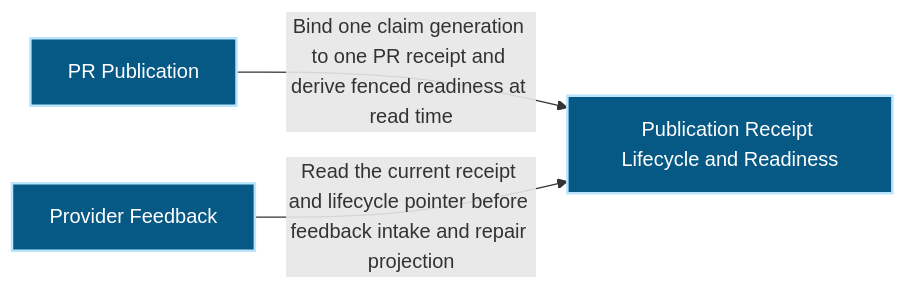
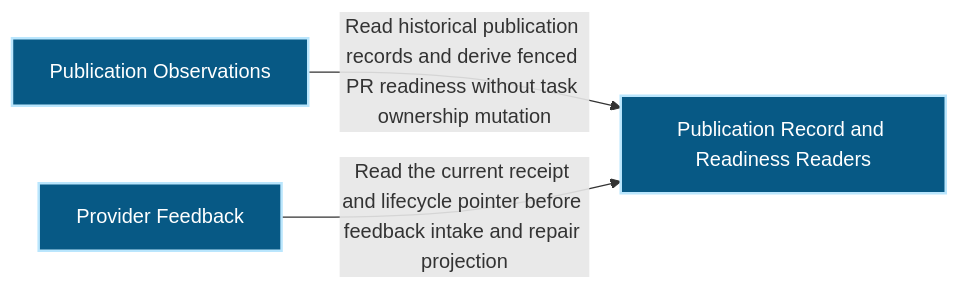
The first of 2 diagrams in docs/architecture/modules/organization/publication.md (Ancienttwo/repo-harness), drawn with Mermaid before and after one commit. The commit also changed other lines of this file and 31 other files, not shown here.

Commit message:
docs(architecture): retire task lifecycle ownership from the model

````diff
--- a/docs/architecture/modules/organization/publication.md
+++ b/docs/architecture/modules/organization/publication.md
@@ -16,12 +16,12 @@
 ```mermaid
 flowchart LR
-  p1_capability_organization_publication_44355620["PR Publication"]:::component
-  p1_component_publication_primary_d7ca6a90["Publication Receipt Lifecycle and Readiness"]:::component
+  p1_capability_organization_publication_44355620["Publication Observations"]:::component
+  p1_component_publication_primary_d7ca6a90["Publication Record and Readiness Readers"]:::component
   p1_component_publication_provider_feedback_f0705608["Provider Feedback"]:::component
-  p1_capability_organization_publication_44355620 -->|"Bind one claim generation to one PR receipt and derive fenced readiness at read time"| p1_component_publication_primary_d7ca6a90
+  p1_capability_organization_publication_44355620 -->|"Read historical publication records and derive fenced PR readiness without task ownership mutation"| p1_component_publication_primary_d7ca6a90
   p1_component_publication_provider_feedback_f0705608 -->|"Read the current receipt and lifecycle pointer before feedback intake and repair projection"| p1_component_publication_primary_d7ca6a90
   classDef actor fill:#111827,color:#ffffff,stroke:#f9fafb,stroke-width:2px
   classDef component fill:#075985,color:#ffffff,stroke:#bae6fd,stroke-width:2px
   classDef datastore fill:#3f6212,color:#ffffff,stroke:#d9f99d,stroke-width:2px
   classDef external fill:#7c2d12,color:#ffffff,stroke:#fed7aa,stroke-width:2px
 ```
````
